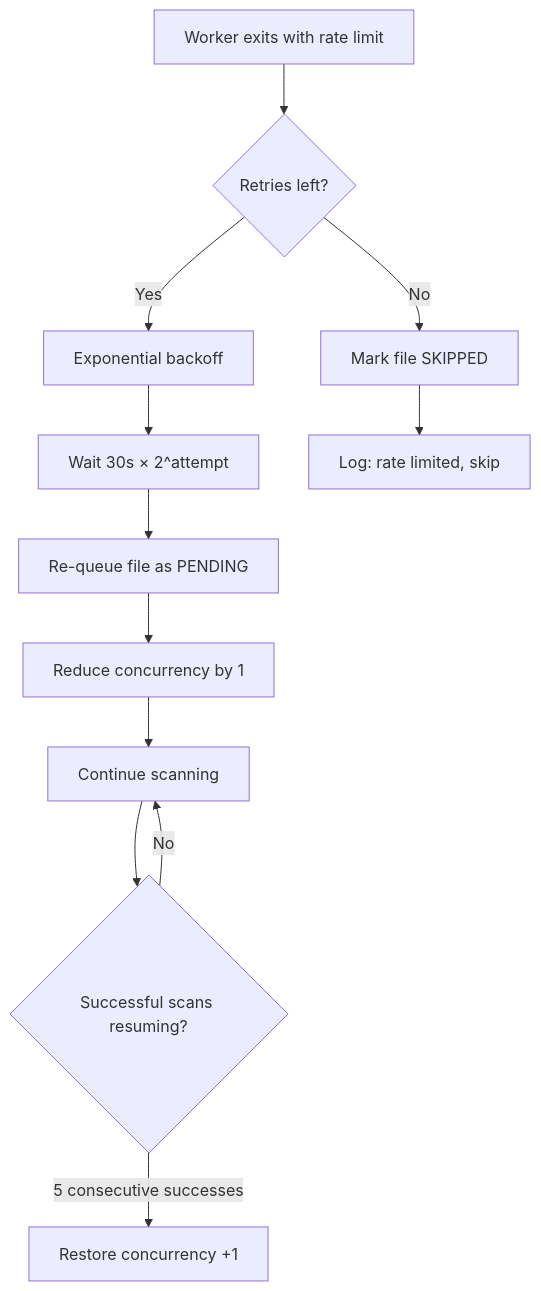
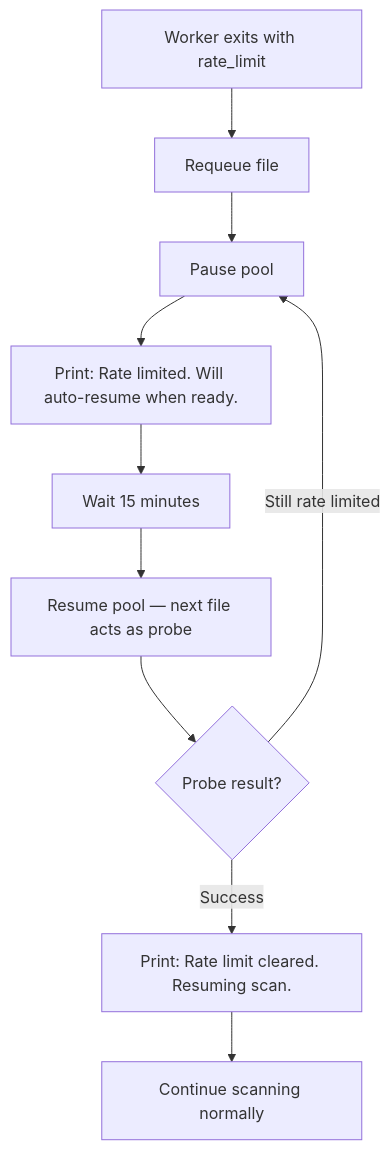
One commit to quanhea/claude-scan changed the sixth of 6 diagrams in docs/architecture/EXECUTION-ENGINE.md. Above: the diagram before and after it, drawn with Mermaid. The commit also changed other lines of this file and 6 other files, not shown here.

First line of the commit message:
Auto-pause on rate limit, silently retry every 15 minutes

````diff
--- a/docs/architecture/EXECUTION-ENGINE.md
+++ b/docs/architecture/EXECUTION-ENGINE.md
@@ -384,15 +379,12 @@
 ```mermaid
 flowchart TD
-    A[Worker exits with rate limit] --> B{Retries left?}
-    B -->|Yes| C[Exponential backoff]
-    C --> D["Wait 30s × 2^attempt"]
-    D --> E[Re-queue file as PENDING]
-    E --> F[Reduce concurrency by 1]
-    F --> G[Continue scanning]
-    B -->|No| H[Mark file SKIPPED]
-    H --> I["Log: rate limited, skip"]
-
-    G --> J{Successful scans resuming?}
-    J -->|"5 consecutive successes"| K[Restore concurrency +1]
-    J -->|No| G
+    A[Worker exits with rate_limit] --> B[Requeue file]
+    B --> C[Pause pool]
+    C --> D["Print: Rate limited. Will auto-resume when ready."]
+    D --> E[Wait 15 minutes]
+    E --> F[Resume pool — next file acts as probe]
+    F --> G{Probe result?}
+    G -->|Success| H["Print: Rate limit cleared. Resuming scan."]
+    H --> I[Continue scanning normally]
+    G -->|Still rate limited| C
 ```
````
